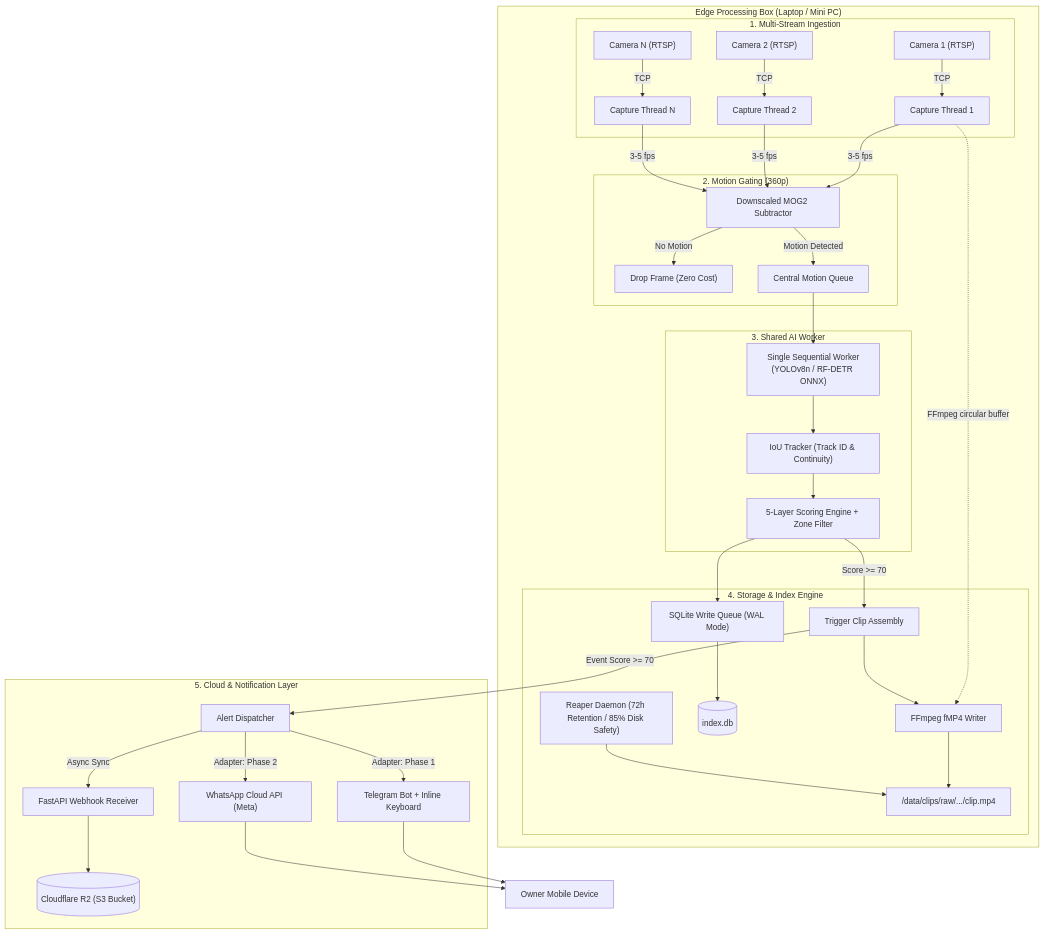
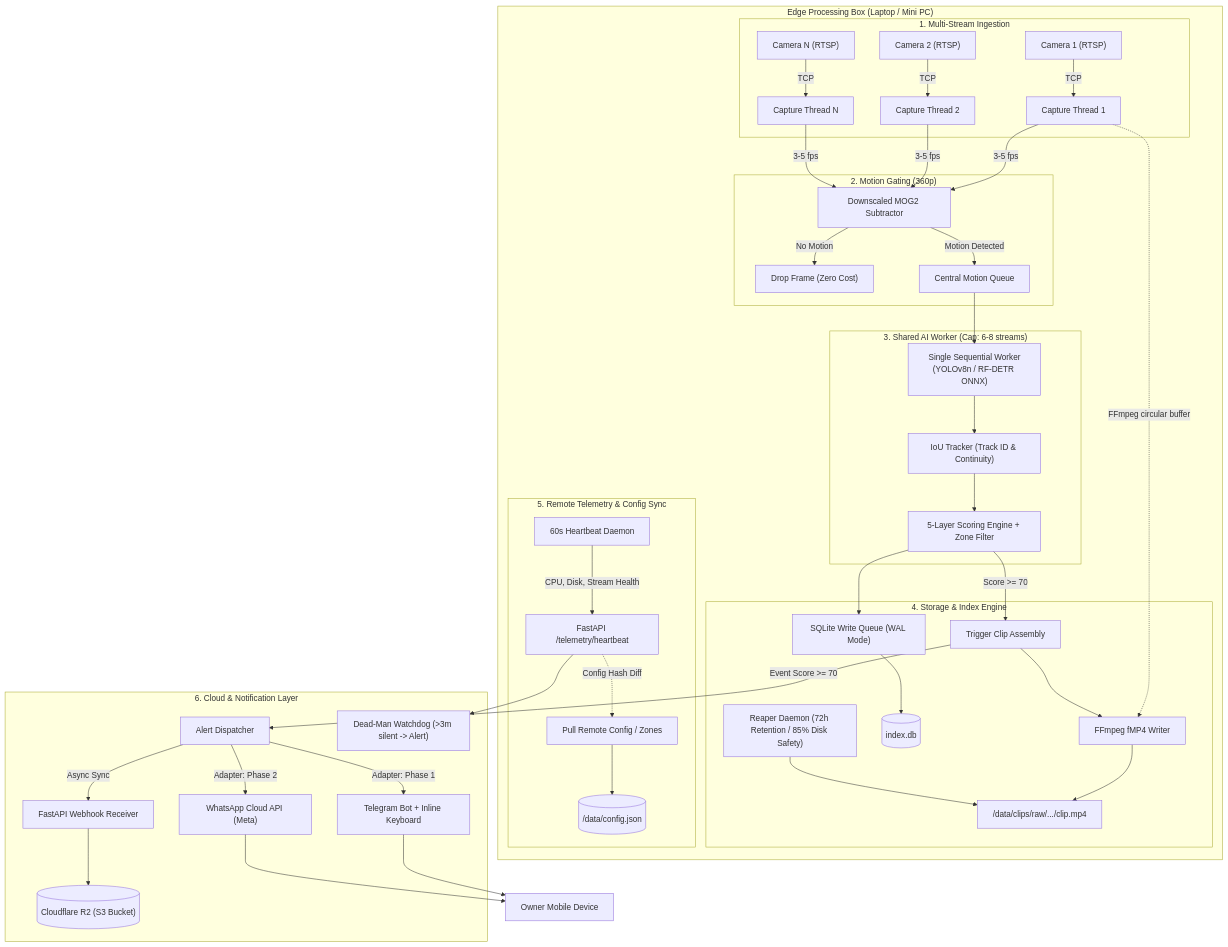
Before and after one commit to Ohmanutkarsh/Vyzn: the diagram in ROADMAP.md, drawn with Mermaid. The commit also changed other lines of this file and 3 other files, not shown here.

Commit message:
docs: add named competitors, traction scorecard, CAC/payback, team execution narrative, remote observability, worker scaling limits, and OTA config

````diff
--- a/ROADMAP.md
+++ b/ROADMAP.md
@@ -40,45 +51,52 @@
 ```mermaid
 flowchart TD
     subgraph EdgeDevice["Edge Processing Box (Laptop / Mini PC)"]
         subgraph CaptureLayer["1. Multi-Stream Ingestion"]
             RTSP1["Camera 1 (RTSP)"] -->|TCP| CapThread1["Capture Thread 1"]
             RTSP2["Camera 2 (RTSP)"] -->|TCP| CapThread2["Capture Thread 2"]
             RTSPN["Camera N (RTSP)"] -->|TCP| CapThreadN["Capture Thread N"]
         end
 
         subgraph MotionGate["2. Motion Gating (360p)"]
             CapThread1 -->|3-5 fps| MOG2["Downscaled MOG2 Subtractor"]
             CapThread2 -->|3-5 fps| MOG2
             CapThreadN -->|3-5 fps| MOG2
             MOG2 -->|No Motion| DropFrame["Drop Frame (Zero Cost)"]
             MOG2 -->|Motion Detected| MotionQueue["Central Motion Queue"]
         end
 
-        subgraph InferenceEngine["3. Shared AI Worker"]
+        subgraph InferenceEngine["3. Shared AI Worker (Cap: 6-8 streams)"]
             MotionQueue --> DetectorWorker["Single Sequential Worker<br/>(YOLOv8n / RF-DETR ONNX)"]
             DetectorWorker --> Tracker["IoU Tracker (Track ID & Continuity)"]
             Tracker --> Scoring["5-Layer Scoring Engine + Zone Filter"]
         end
 
         subgraph LocalStore["4. Storage & Index Engine"]
             Scoring -->|Score >= 70| ClipTrigger["Trigger Clip Assembly"]
             CapThread1 -.->|FFmpeg circular buffer| FFMPEG["FFmpeg fMP4 Writer"]
             ClipTrigger --> FFMPEG
             FFMPEG --> DiskStorage["/data/clips/raw/.../clip.mp4"]
             Scoring --> SQLiteQueue["SQLite Write Queue (WAL Mode)"]
             SQLiteQueue --> SQLiteDB[("index.db")]
             Reaper["Reaper Daemon (72h Retention / 85% Disk Safety)"] --> DiskStorage
         end
+
+        subgraph Observability["5. Remote Telemetry & Config Sync"]
+            TelemetryDaemon["60s Heartbeat Daemon"] -->|CPU, Disk, Stream Health| CloudTelemetry["FastAPI /telemetry/heartbeat"]
+            CloudTelemetry -.->|Config Hash Diff| ConfigSync["Pull Remote Config / Zones"]
+            ConfigSync --> EdgeConfig[("/data/config.json")]
+        end
     end
 
-    subgraph AlertCloud["5. Cloud & Notification Layer"]
+    subgraph AlertCloud["6. Cloud & Notification Layer"]
         ClipTrigger -->|Event Score >= 70| AlertDispatcher["Alert Dispatcher"]
         AlertDispatcher -->|Adapter: Phase 1| TelegramBot["Telegram Bot + Inline Keyboard"]
         AlertDispatcher -->|Adapter: Phase 2| WhatsAppAPI["WhatsApp Cloud API (Meta)"]
         AlertDispatcher -->|Async Sync| CloudWebhook["FastAPI Webhook Receiver"]
         CloudWebhook --> CloudflareR2[("Cloudflare R2 (S3 Bucket)")]
+        CloudTelemetry --> DeadManAlert["Dead-Man Watchdog (>3m silent -> Alert)"]
     end
 
     TelegramBot --> UserPhone["Owner Mobile Device"]
     WhatsAppAPI --> UserPhone
 ```
````
